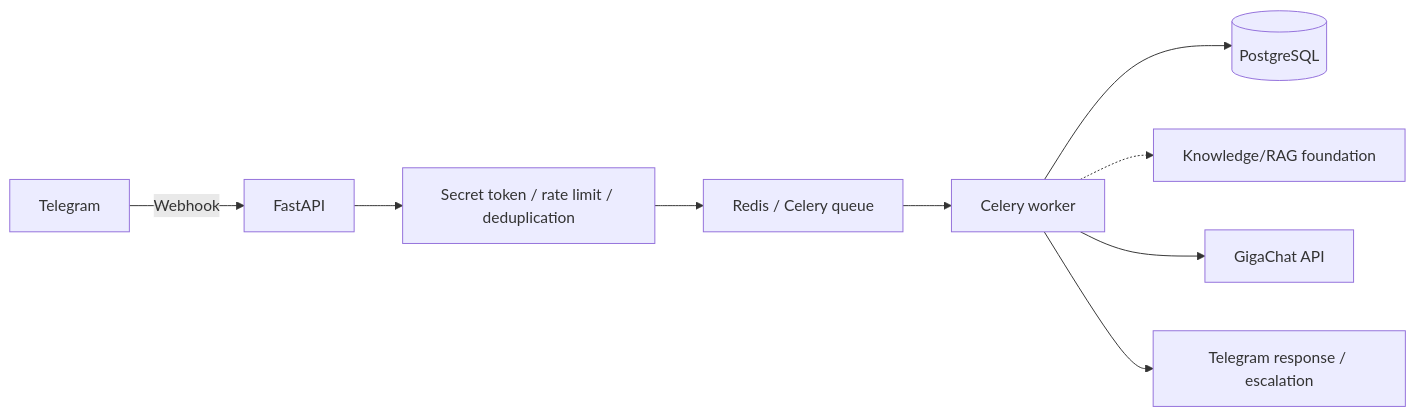
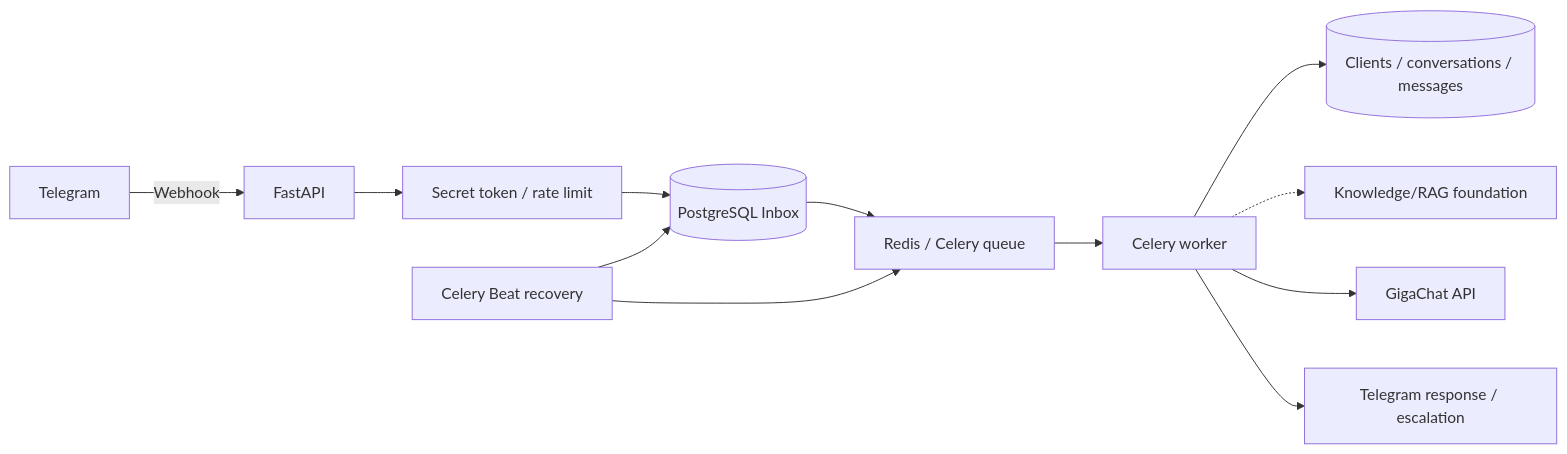
The diagram in README.md (bsekinaev/tattotoyou), drawn with Mermaid before and after one commit. The commit also changed other lines of this file and 20 other files, not shown here.

````diff
--- a/README.md
+++ b/README.md
@@ -44,11 +45,14 @@
 ```mermaid
 flowchart LR
     TG[Telegram] -->|Webhook| API[FastAPI]
-    API --> SEC[Secret token / rate limit / deduplication]
-    SEC --> Q[Redis / Celery queue]
+    API --> SEC[Secret token / rate limit]
+    SEC --> INBOX[(PostgreSQL Inbox)]
+    INBOX --> Q[Redis / Celery queue]
+    BEAT[Celery Beat recovery] --> INBOX
+    BEAT --> Q
     Q --> W[Celery worker]
-    W --> DB[(PostgreSQL)]
+    W --> DB[(Clients / conversations / messages)]
     W -.-> RAG[Knowledge/RAG foundation]
     W --> AI[GigaChat API]
     W --> OUT[Telegram response / escalation]
 ```
````
